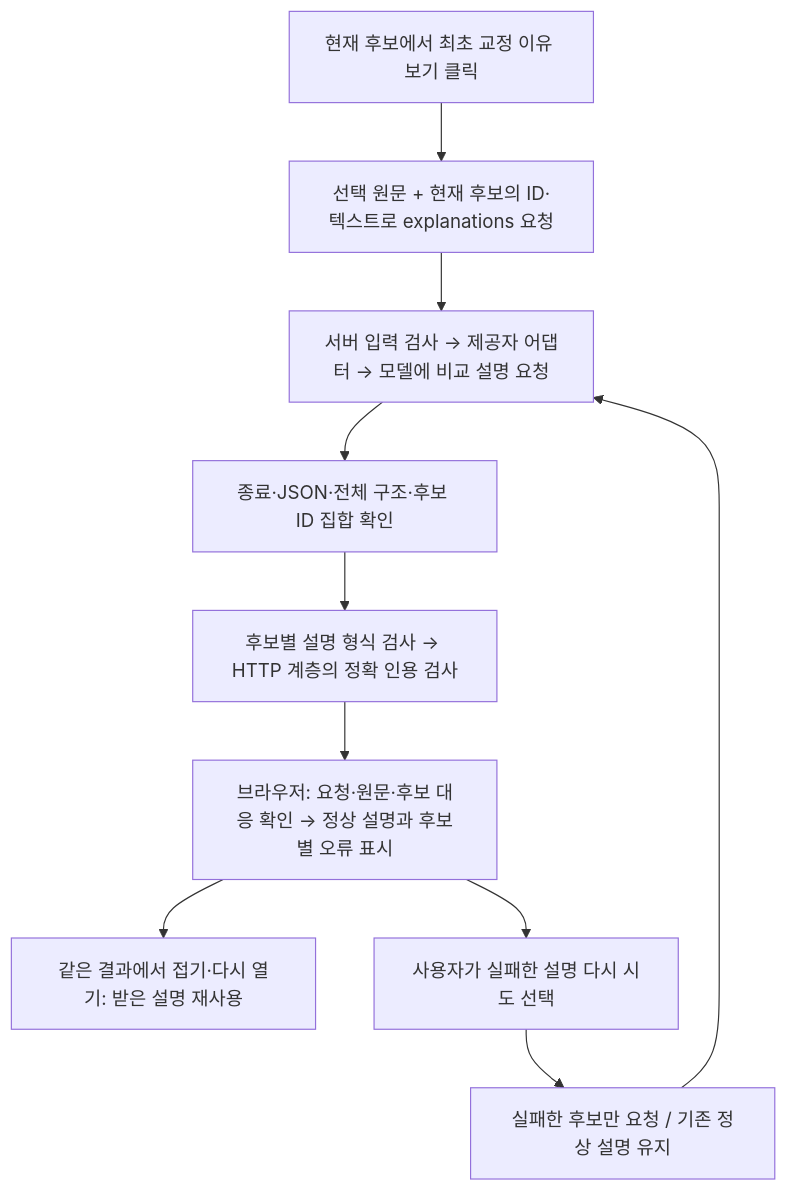
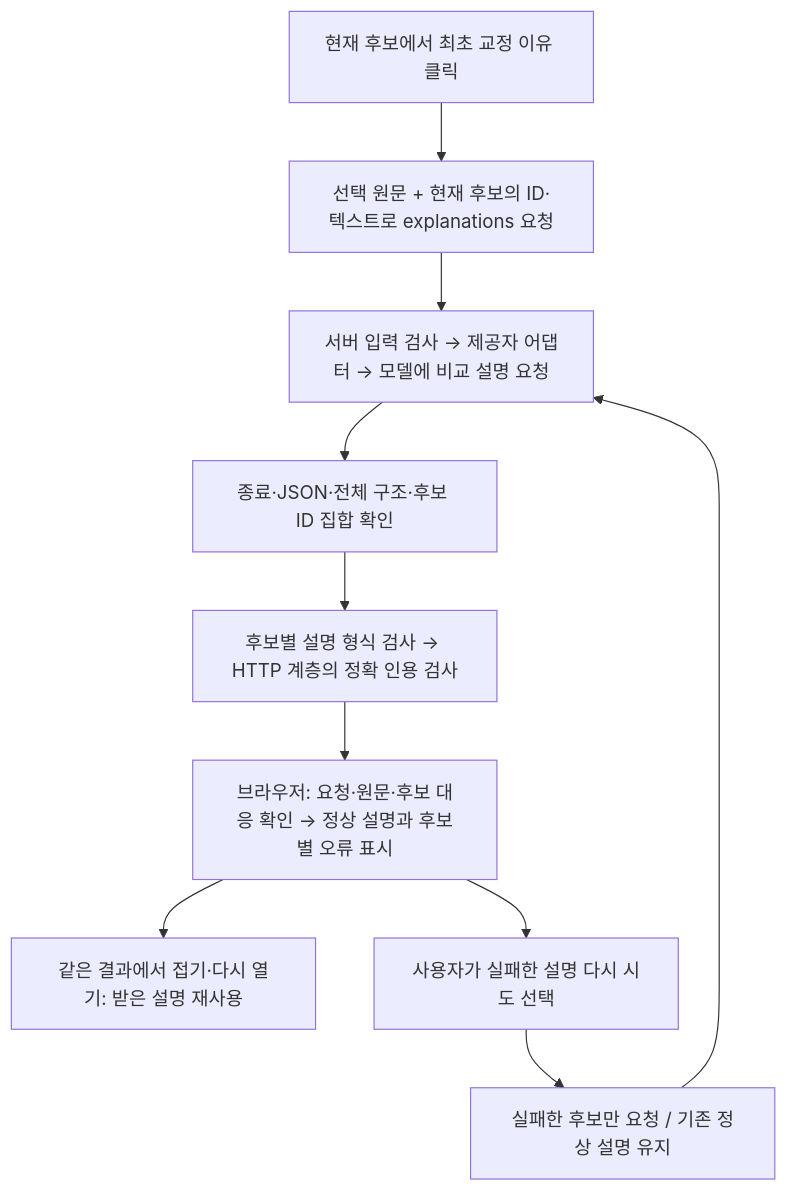
The second of 2 diagrams in docs/ARCHITECTURE.md (dhwjdgh1122/writing-demo), drawn with Mermaid before and after one commit. The commit also changed other lines of this file and 14 other files, not shown here.

````diff
--- a/docs/ARCHITECTURE.md
+++ b/docs/ARCHITECTURE.md
@@ -48,12 +48,12 @@
 ```mermaid
 flowchart TD
-    A["현재 후보에서 최초 교정 이유 보기 클릭"] --> B["선택 원문 + 현재 후보의 ID·텍스트로 explanations 요청"]
+    A["현재 후보에서 최초 교정 이유 클릭"] --> B["선택 원문 + 현재 후보의 ID·텍스트로 explanations 요청"]
     B --> C["서버 입력 검사 → 제공자 어댑터 → 모델에 비교 설명 요청"]
     C --> D["종료·JSON·전체 구조·후보 ID 집합 확인"]
     D --> E["후보별 설명 형식 검사 → HTTP 계층의 정확 인용 검사"]
     E --> F["브라우저: 요청·원문·후보 대응 확인 → 정상 설명과 후보별 오류 표시"]
     F --> G["같은 결과에서 접기·다시 열기: 받은 설명 재사용"]
     F --> H["사용자가 실패한 설명 다시 시도 선택"]
     H --> I["실패한 후보만 요청 / 기존 정상 설명 유지"]
     I --> C
 ```
````
